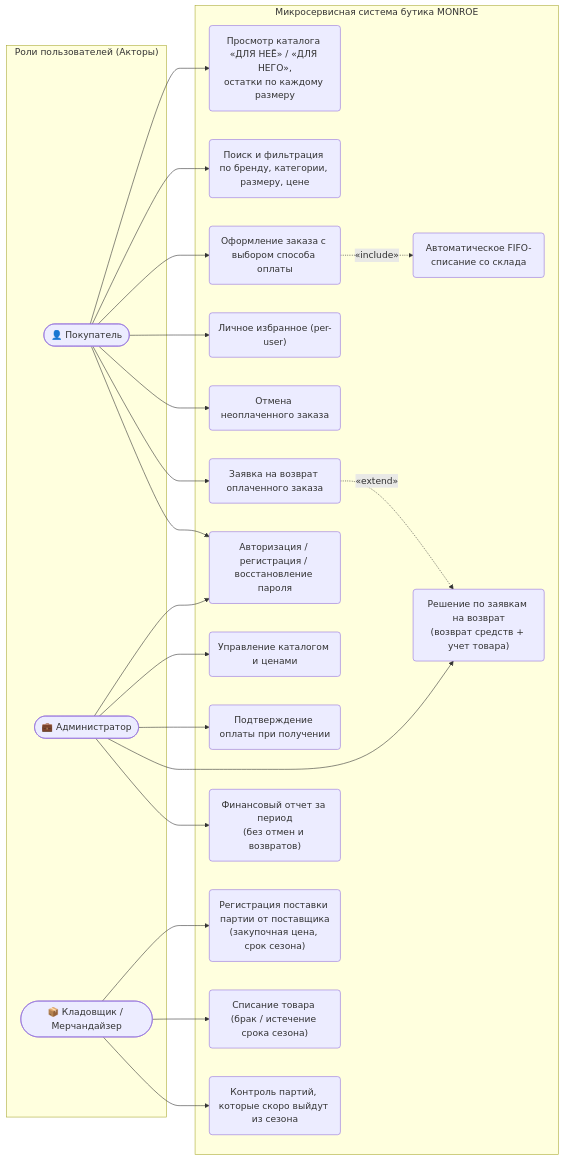
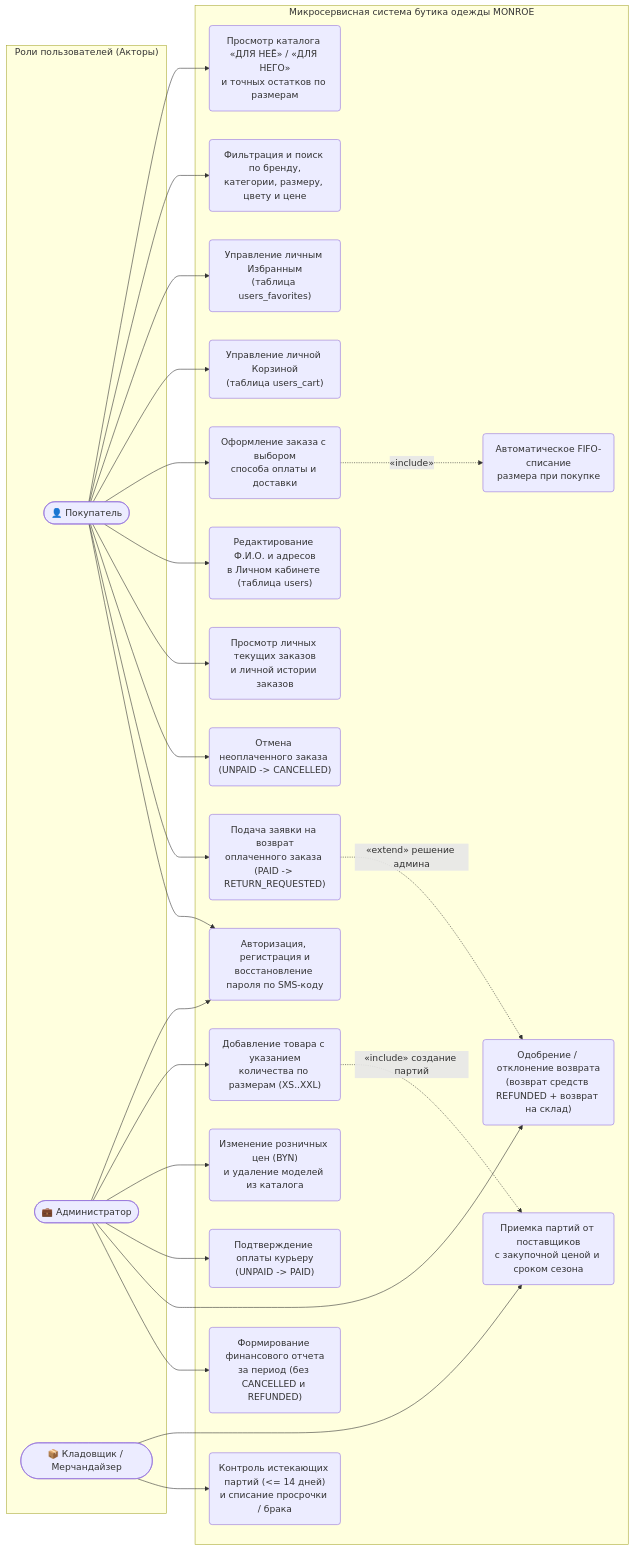
The first of 7 diagrams in README.md (anya-gor/project2026), drawn with Mermaid before and after one commit. The commit also changed other lines of this file and 1 other file, not shown here.

Commit message:
Docs: comprehensive business requirements, risk matrix, 7 MySQL tables and 7 UML Mermaid diagrams

````diff
--- a/README.md
+++ b/README.md
@@ -97,48 +92,56 @@
 ```mermaid
 flowchart LR
     subgraph Actors ["Роли пользователей (Акторы)"]
         Customer(["👤 Покупатель"])
         Admin(["💼 Администратор"])
-        WarehouseStaff(["📦 Кладовщик / Мерчандайзер"])
+        Staff(["📦 Кладовщик / Мерчандайзер"])
     end
 
-    subgraph System ["Микросервисная система бутика MONROE"]
-        UC1("Просмотр каталога «ДЛЯ НЕЁ» / «ДЛЯ НЕГО»,\nостатки по каждому размеру")
-        UC2("Поиск и фильтрация по бренду, категории, размеру, цене")
-        UC3("Оформление заказа с выбором способа оплаты")
-        UC4("Личное избранное (per-user)")
-        UC5("Отмена неоплаченного заказа")
-        UC6("Заявка на возврат оплаченного заказа")
-        UC7("Авторизация / регистрация / восстановление пароля")
+    subgraph MONROE_System ["Микросервисная система бутика одежды MONROE"]
+        UC1("Просмотр каталога «ДЛЯ НЕЁ» / «ДЛЯ НЕГО»\nи точных остатков по размерам")
+        UC2("Фильтрация и поиск по бренду,\nкатегории, размеру, цвету и цене")
+        UC3("Управление личным Избранным\n(таблица users_favorites)")
+        UC4("Управление личной Корзиной\n(таблица users_cart)")
+        UC5("Оформление заказа с выбором\nспособа оплаты и доставки")
+        UC6("Редактирование Ф.И.О. и адресов\nв Личном кабинете (таблица users)")
+        UC7("Просмотр личных текущих заказов\nи личной истории заказов")
+        UC8("Отмена неоплаченного заказа (UNPAID -> CANCELLED)")
+        UC9("Подача заявки на возврат\nоплаченного заказа (PAID -> RETURN_REQUESTED)")
+        UC10("Авторизация, регистрация и\nвосстановление пароля по SMS-коду")
 
-        UC8("Управление каталогом и ценами")
-        UC9("Подтверждение оплаты при получении")
-        UC10("Решение по заявкам на возврат\n(возврат средств + учет товара)")
-        UC11("Финансовый отчет за период\n(без отмен и возвратов)")
+        UC11("Добавление товара с указанием\nколичества по размерам (XS..XXL)")
+        UC12("Изменение розничных цен (BYN)\nи удаление моделей из каталога")
+        UC13("Подтверждение оплаты курьеру\n(UNPAID -> PAID)")
+        UC14("Одобрение / отклонение возврата\n(возврат средств REFUNDED + возврат на склад)")
+        UC15("Формирование финансового отчета\nза период (без CANCELLED и REFUNDED)")
 
-        UC12("Регистрация поставки партии от поставщика\n(закупочная цена, срок сезона)")
-        UC13("Списание товара (брак / истечение срока сезона)")
-        UC14("Контроль партий, которые скоро выйдут из сезона")
-        UC15("Автоматическое FIFO-списание со склада")
+        UC16("Приемка партий от поставщиков\nс закупочной ценой и сроком сезона")
+        UC17("Автоматическое FIFO-списание\nразмера при покупке")
+        UC18("Контроль истекающих партий (<= 14 дней)\nи списание просрочки / брака")
     end
 
     Customer --> UC1
     Customer --> UC2
     Customer --> UC3
     Customer --> UC4
     Customer --> UC5
     Customer --> UC6
     Customer --> UC7
-    UC3 -.->|"«include»"| UC15
+    Customer --> UC8
+    Customer --> UC9
+    Customer --> UC10
 
-    Admin --> UC7
-    Admin --> UC8
-    Admin --> UC9
     Admin --> UC10
     Admin --> UC11
-    UC6 -.->|"«extend»"| UC10
+    Admin --> UC12
+    Admin --> UC13
+    Admin --> UC14
+    Admin --> UC15
 
-    WarehouseStaff --> UC12
-    WarehouseStaff --> UC13
-    WarehouseStaff --> UC14
+    Staff --> UC16
+    Staff --> UC18
+
+    UC5 -.->|"«include»"| UC17
+    UC11 -.->|"«include» создание партий"| UC16
+    UC9 -.->|"«extend» решение админа"| UC14
 ```
````
